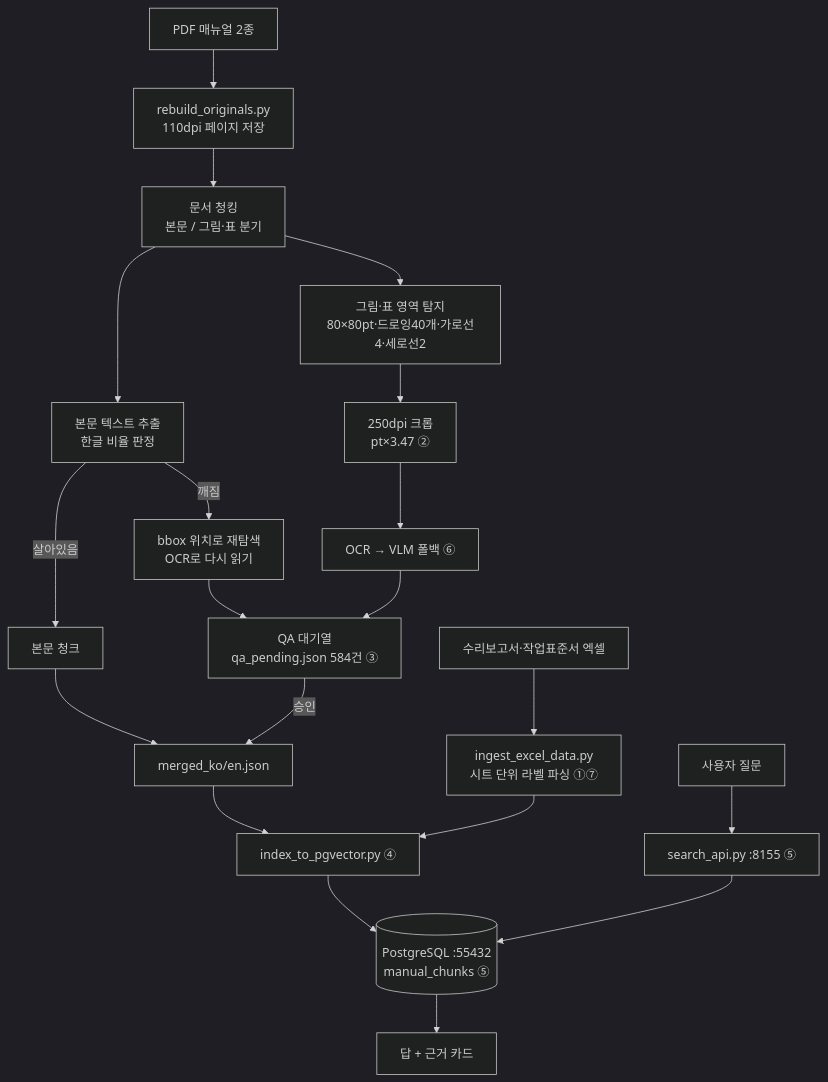
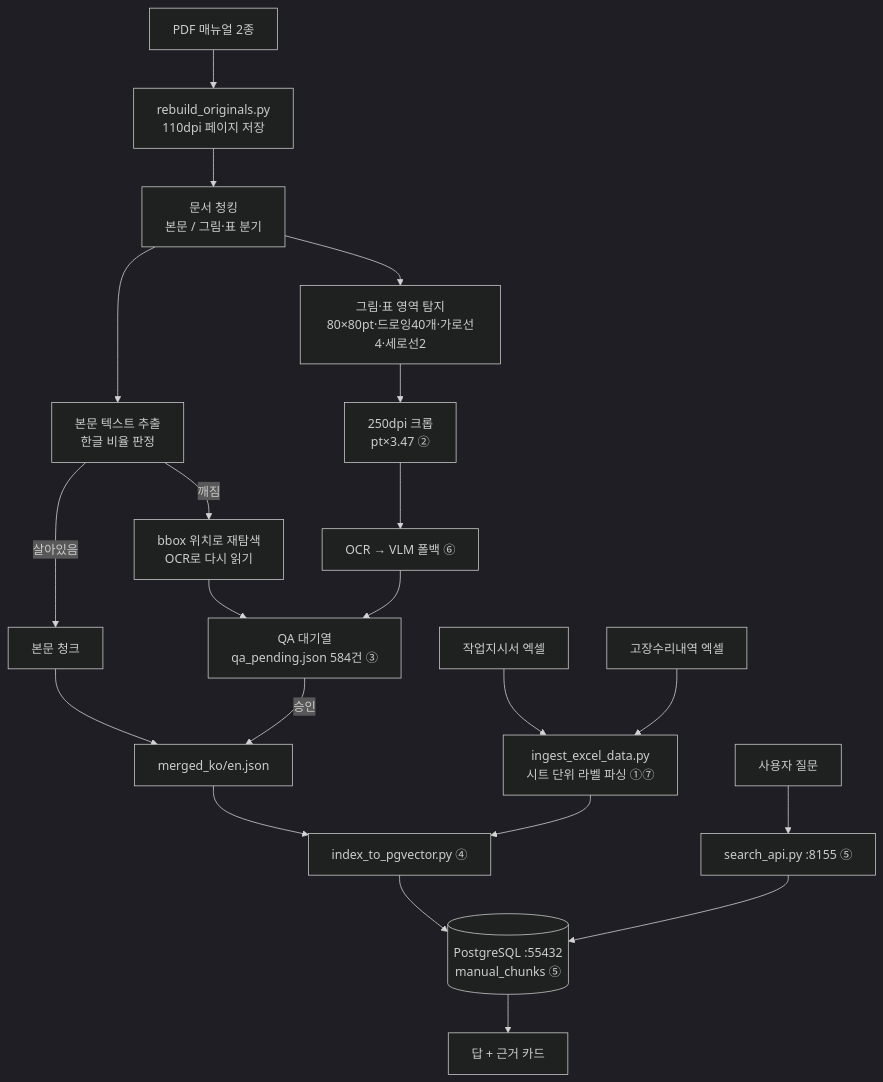
One commit to cho1203/chatbot-work changed the diagram in docs/DEVELOPER_GUIDE_10.md. Above: the diagram before and after it, drawn with Mermaid (dark theme). The commit also changed 5 other files, not shown here.

````diff
--- a/docs/DEVELOPER_GUIDE_10.md
+++ b/docs/DEVELOPER_GUIDE_10.md
@@ -19,24 +19,25 @@
 ```mermaid
 flowchart TB
   PDF["PDF 매뉴얼 2종"] --> REND["rebuild_originals.py<br/>110dpi 페이지 저장"]
   REND --> CHUNKQ["문서 청킹<br/>본문 / 그림·표 분기"]
   CHUNKQ --> TXT["본문 텍스트 추출<br/>한글 비율 판정"]
   CHUNKQ --> BBOXDET["그림·표 영역 탐지<br/>80×80pt·드로잉40개·가로선4·세로선2"]
   TXT -->|살아있음| CHUNK["본문 청크"]
   TXT -->|깨짐| BBOXFIX["bbox 위치로 재탐색<br/>OCR로 다시 읽기"]
   BBOXDET --> CROP["250dpi 크롭<br/>pt×3.47 ②"]
   CROP --> OCR["OCR → VLM 폴백 ⑥"]
   OCR --> QA["QA 대기열<br/>qa_pending.json 584건 ③"]
   BBOXFIX --> QA
   CHUNK --> MERGE["merged_ko/en.json"]
   QA -->|승인| MERGE
   MERGE --> IDX["index_to_pgvector.py ④"]
 
-  XLSX["수리보고서·작업표준서 엑셀"] --> ING["ingest_excel_data.py<br/>시트 단위 라벨 파싱 ①⑦"]
+  XLSX1["작업지시서 엑셀"] --> ING["ingest_excel_data.py<br/>시트 단위 라벨 파싱 ①⑦"]
+  XLSX2["고장수리내역 엑셀"] --> ING
   ING --> IDX
 
   IDX --> PG[("PostgreSQL :55432<br/>manual_chunks ⑤")]
   USER["사용자 질문"] --> API["search_api.py :8155 ⑤"]
   API --> PG
   PG --> ANSWER["답 + 근거 카드"]
 ```
````
